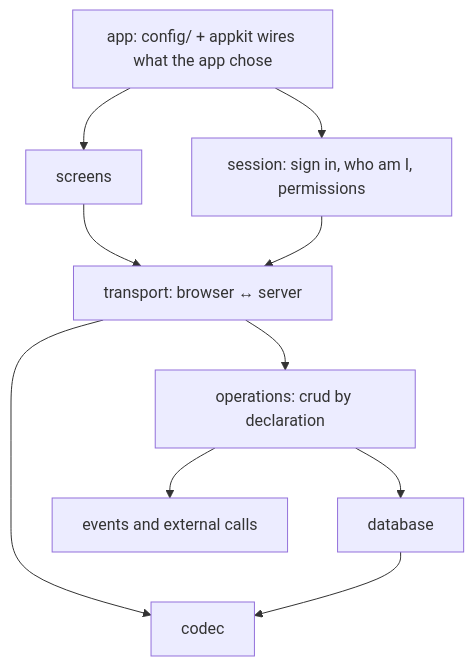
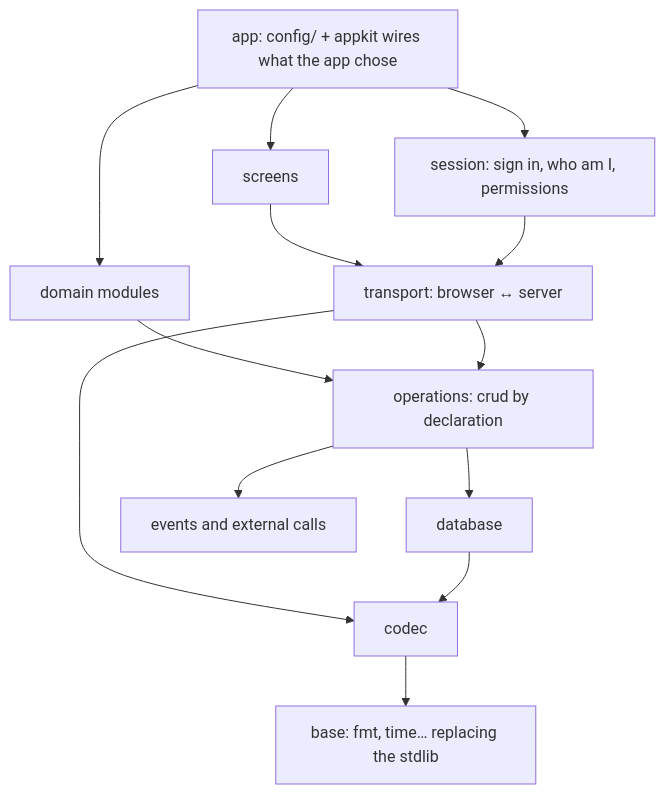
Before and after one commit to webtyp/devskills: the diagram in skills/framework-map/SKILL.md, drawn with Mermaid. The commit also changed other lines of this file, not shown here.

````diff
--- a/skills/framework-map/SKILL.md
+++ b/skills/framework-map/SKILL.md
@@ -12,12 +12,15 @@
 ```mermaid
 flowchart TD
     App[app: config/ + appkit wires what the app chose] --> UI[screens]
     App --> Session[session: sign in, who am I, permissions]
+    App --> Mods[domain modules]
+    Mods --> Ops
     UI --> Transport[transport: browser ↔ server]
     Session --> Transport
     Transport --> Ops[operations: crud by declaration]
     Ops --> DB[database]
+    Ops --> Events[events and external calls]
     Transport --> Codec[codec]
     DB --> Codec
-    Ops --> Events[events and external calls]
+    Codec --> Base[base: fmt, time… replacing the stdlib]
 ```
````
